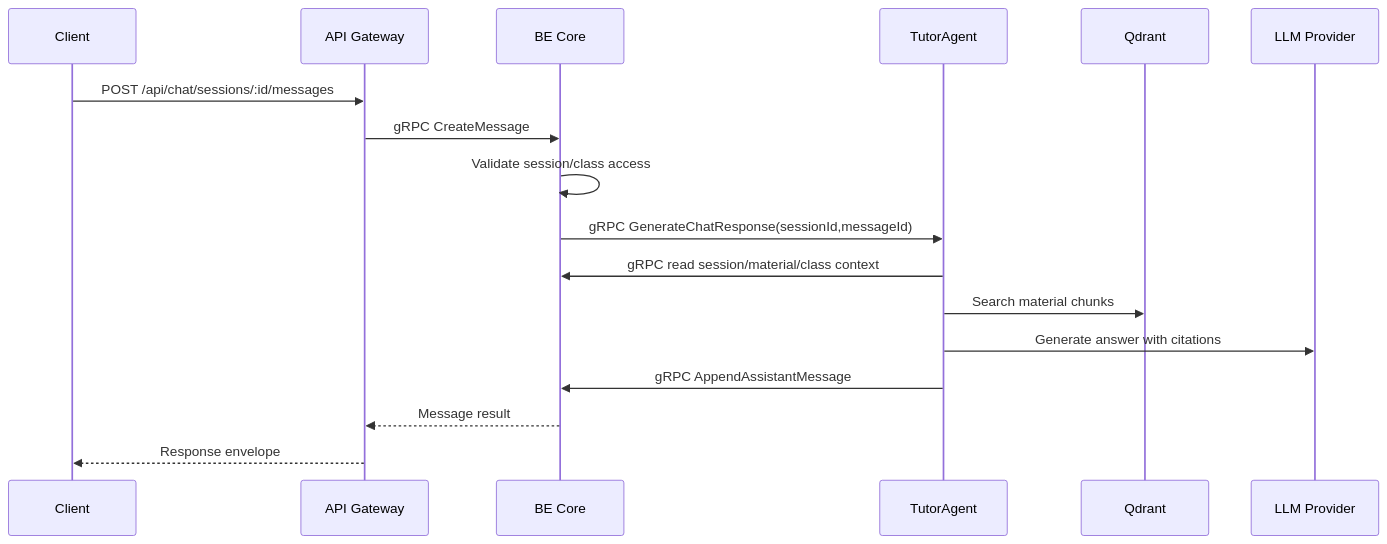
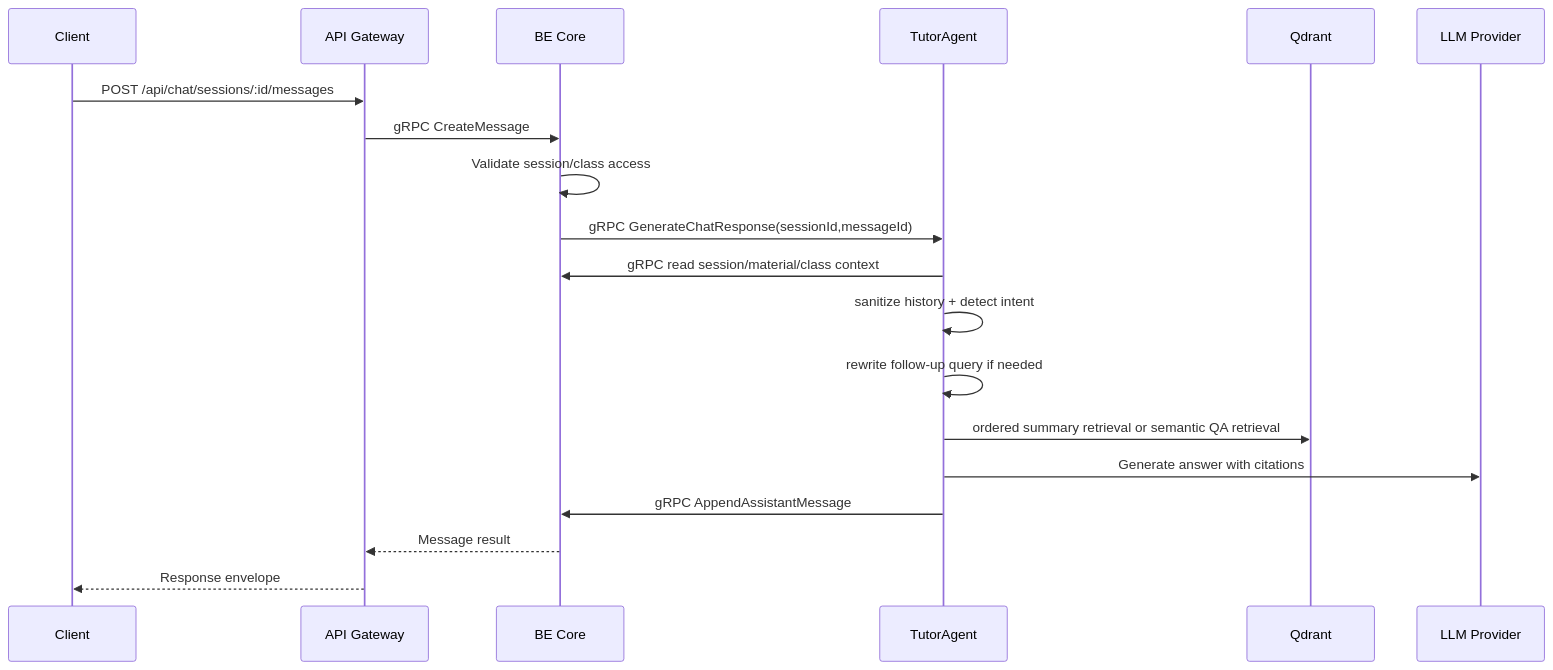
Before and after one commit to Tanh1603/EdTech: the second of 4 diagrams in docs/ai-service/runtime-flows.md, drawn with Mermaid. The commit also changed other lines of this file and 88 other files, not shown here.

````diff
--- a/docs/ai-service/runtime-flows.md
+++ b/docs/ai-service/runtime-flows.md
@@ -41,20 +41,22 @@
 ```mermaid
 sequenceDiagram
   participant C as Client
   participant G as API Gateway
   participant B as BE Core
   participant A as TutorAgent
   participant Q as Qdrant
   participant L as LLM Provider
 
   C->>G: POST /api/chat/sessions/:id/messages
   G->>B: gRPC CreateMessage
   B->>B: Validate session/class access
   B->>A: gRPC GenerateChatResponse(sessionId,messageId)
   A->>B: gRPC read session/material/class context
-  A->>Q: Search material chunks
+  A->>A: sanitize history + detect intent
+  A->>A: rewrite follow-up query if needed
+  A->>Q: ordered summary retrieval or semantic QA retrieval
   A->>L: Generate answer with citations
   A->>B: gRPC AppendAssistantMessage
   B-->>G: Message result
   G-->>C: Response envelope
 ```
````
